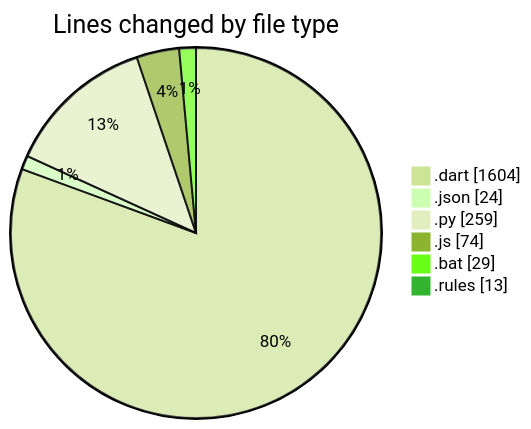
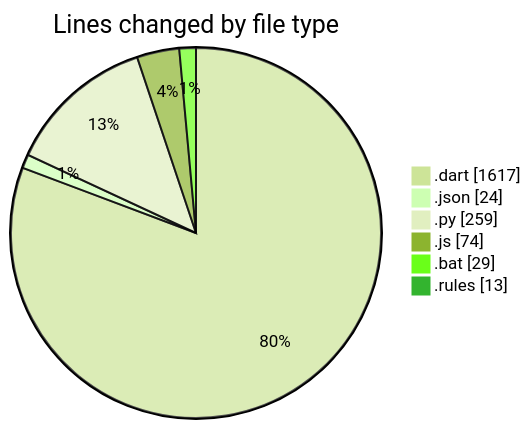
The first of 2 diagrams in 2025-08-04/studybuddy/README.md (lephambinh05/code-tracking), drawn with Mermaid (forest theme) before and after one commit. The commit also changed other lines of this file and 1 other file, not shown here.

````diff
--- a/2025-08-04/studybuddy/README.md
+++ b/2025-08-04/studybuddy/README.md
@@ -42,10 +42,10 @@
 ```mermaid
 pie showData
 title Lines changed by file type
-".dart" : 1604
+".dart" : 1617
 ".json" : 24
 ".py" : 259
 ".js" : 74
 ".bat" : 29
 ".rules" : 13
 ```
````
